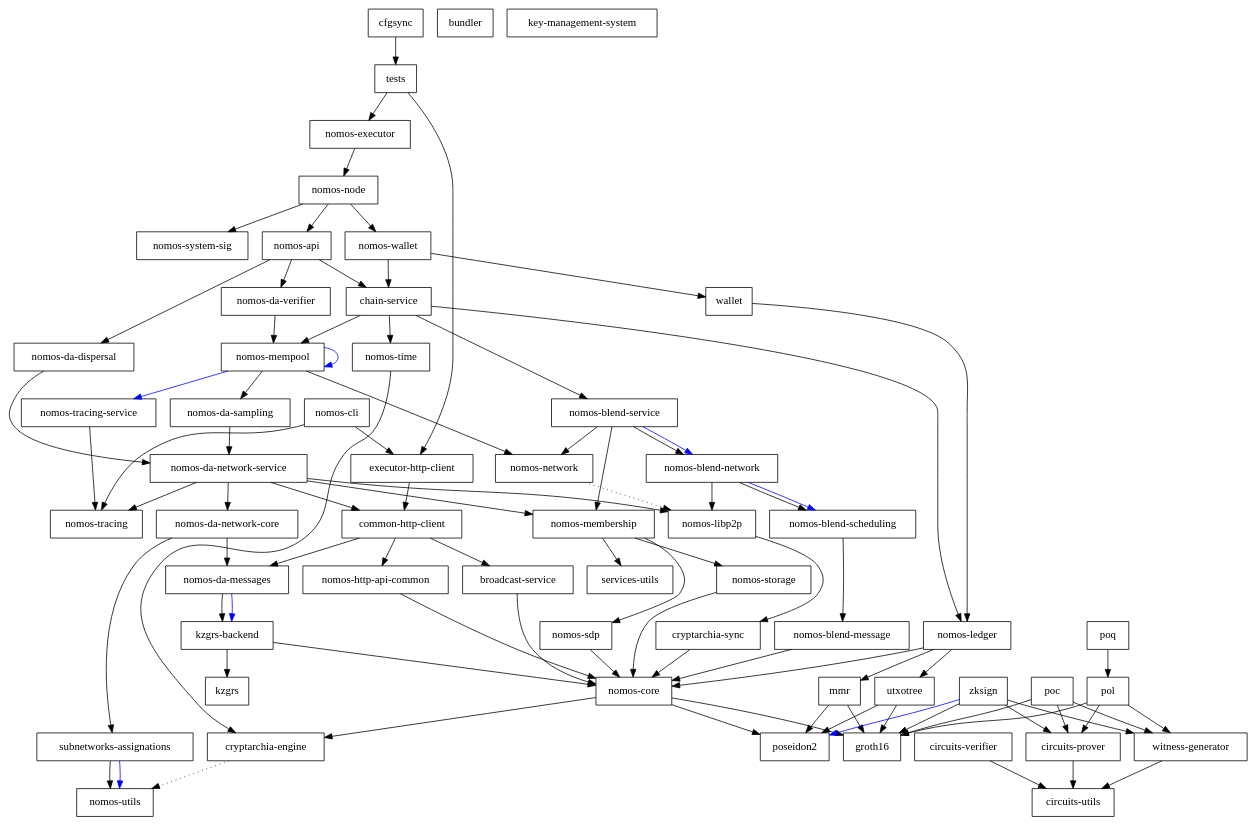
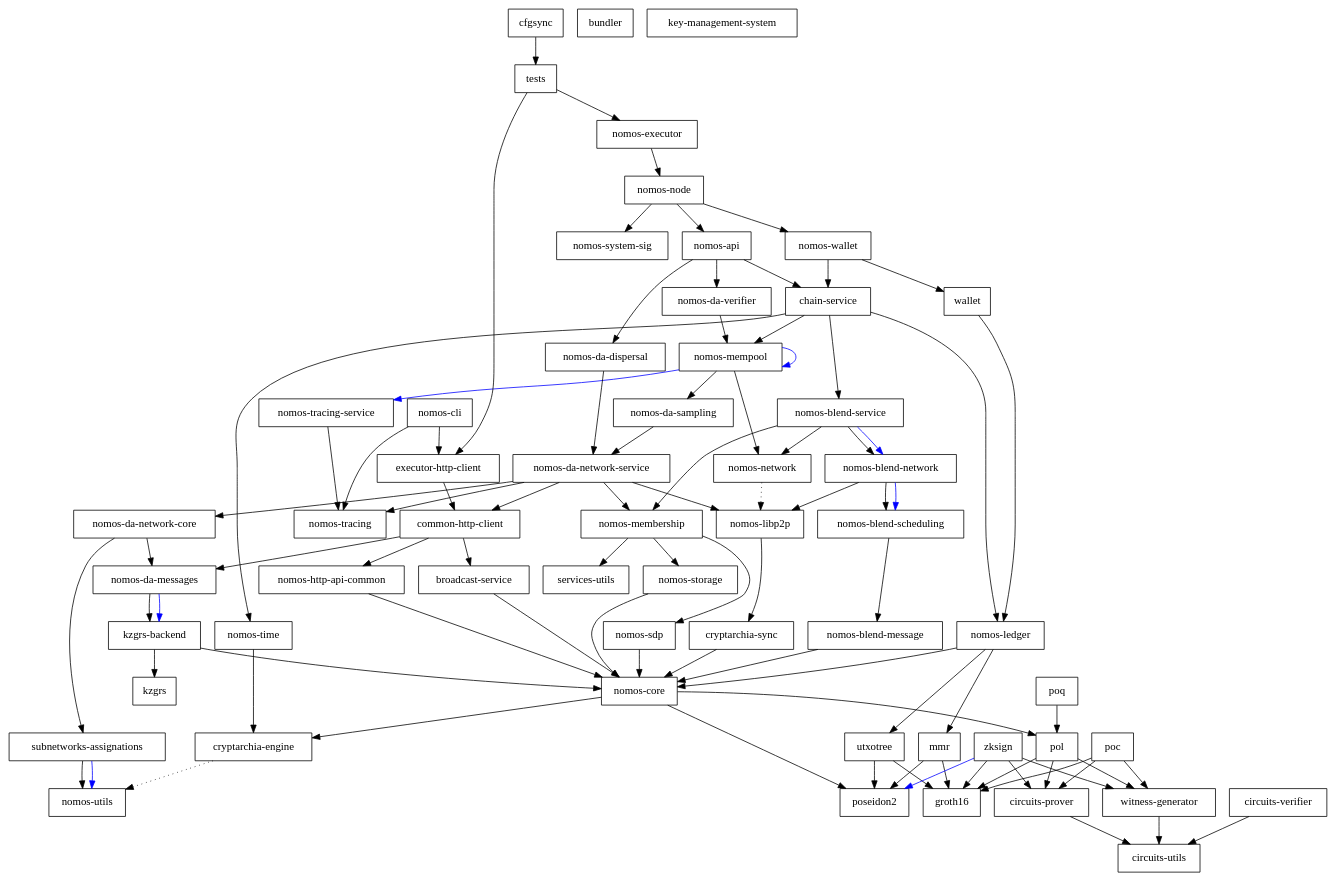
Before and after one commit to Astro521/logos-blockchain: the diagram in dependencies_graph.dot, drawn with Graphviz. The commit also changed 36 other files, not shown here.

```diff
--- a/dependencies_graph.dot
+++ b/dependencies_graph.dot
@@ -1,147 +1,147 @@
 digraph {
     0 [ label = "cryptarchia-engine" shape = box]
     1 [ label = "nomos-utils" shape = box]
     2 [ label = "cryptarchia-sync" shape = box]
     3 [ label = "nomos-core" shape = box]
     4 [ label = "groth16" shape = box]
-    5 [ label = "poseidon2" shape = box]
-    6 [ label = "nomos-ledger" shape = box]
-    7 [ label = "mmr" shape = box]
-    8 [ label = "utxotree" shape = box]
-    9 [ label = "nomos-http-api-common" shape = box]
-    10 [ label = "nomos-executor" shape = box]
-    11 [ label = "broadcast-service" shape = box]
-    12 [ label = "kzgrs-backend" shape = box]
-    13 [ label = "kzgrs" shape = box]
-    14 [ label = "nomos-api" shape = box]
-    15 [ label = "chain-service" shape = box]
-    16 [ label = "nomos-blend-service" shape = box]
-    17 [ label = "nomos-blend-message" shape = box]
-    18 [ label = "nomos-blend-network" shape = box]
-    19 [ label = "nomos-blend-scheduling" shape = box]
-    20 [ label = "nomos-libp2p" shape = box]
-    21 [ label = "nomos-membership" shape = box]
-    22 [ label = "nomos-sdp" shape = box]
-    23 [ label = "nomos-storage" shape = box]
-    24 [ label = "services-utils" shape = box]
-    25 [ label = "nomos-network" shape = box]
-    26 [ label = "nomos-da-sampling" shape = box]
-    27 [ label = "nomos-da-network-core" shape = box]
-    28 [ label = "nomos-da-messages" shape = box]
-    29 [ label = "subnetworks-assignations" shape = box]
-    30 [ label = "nomos-da-network-service" shape = box]
-    31 [ label = "common-http-client" shape = box]
-    32 [ label = "nomos-tracing" shape = box]
-    33 [ label = "nomos-mempool" shape = box]
-    34 [ label = "nomos-tracing-service" shape = box]
-    35 [ label = "nomos-time" shape = box]
-    36 [ label = "nomos-da-dispersal" shape = box]
-    37 [ label = "nomos-da-verifier" shape = box]
-    38 [ label = "nomos-node" shape = box]
-    39 [ label = "nomos-system-sig" shape = box]
-    40 [ label = "nomos-wallet" shape = box]
-    41 [ label = "wallet" shape = box]
-    42 [ label = "executor-http-client" shape = box]
-    43 [ label = "bundler" shape = box]
-    44 [ label = "nomos-cli" shape = box]
-    45 [ label = "key-management-system" shape = box]
-    46 [ label = "cfgsync" shape = box]
-    47 [ label = "tests" shape = box]
-    48 [ label = "circuits-prover" shape = box]
-    49 [ label = "circuits-utils" shape = box]
-    50 [ label = "circuits-verifier" shape = box]
-    51 [ label = "witness-generator" shape = box]
-    52 [ label = "poc" shape = box]
-    53 [ label = "pol" shape = box]
+    5 [ label = "pol" shape = box]
+    6 [ label = "circuits-prover" shape = box]
+    7 [ label = "circuits-utils" shape = box]
+    8 [ label = "witness-generator" shape = box]
+    9 [ label = "poseidon2" shape = box]
+    10 [ label = "nomos-ledger" shape = box]
+    11 [ label = "mmr" shape = box]
+    12 [ label = "utxotree" shape = box]
+    13 [ label = "nomos-http-api-common" shape = box]
+    14 [ label = "nomos-executor" shape = box]
+    15 [ label = "broadcast-service" shape = box]
+    16 [ label = "kzgrs-backend" shape = box]
+    17 [ label = "kzgrs" shape = box]
+    18 [ label = "nomos-api" shape = box]
+    19 [ label = "chain-service" shape = box]
+    20 [ label = "nomos-blend-service" shape = box]
+    21 [ label = "nomos-blend-message" shape = box]
+    22 [ label = "nomos-blend-network" shape = box]
+    23 [ label = "nomos-blend-scheduling" shape = box]
+    24 [ label = "nomos-libp2p" shape = box]
+    25 [ label = "nomos-membership" shape = box]
+    26 [ label = "nomos-sdp" shape = box]
+    27 [ label = "nomos-storage" shape = box]
+    28 [ label = "services-utils" shape = box]
+    29 [ label = "nomos-network" shape = box]
+    30 [ label = "nomos-da-sampling" shape = box]
+    31 [ label = "nomos-da-network-core" shape = box]
+    32 [ label = "nomos-da-messages" shape = box]
+    33 [ label = "subnetworks-assignations" shape = box]
+    34 [ label = "nomos-da-network-service" shape = box]
+    35 [ label = "common-http-client" shape = box]
+    36 [ label = "nomos-tracing" shape = box]
+    37 [ label = "nomos-mempool" shape = box]
+    38 [ label = "nomos-tracing-service" shape = box]
+    39 [ label = "nomos-time" shape = box]
+    40 [ label = "nomos-da-dispersal" shape = box]
+    41 [ label = "nomos-da-verifier" shape = box]
+    42 [ label = "nomos-node" shape = box]
+    43 [ label = "nomos-system-sig" shape = box]
+    44 [ label = "nomos-wallet" shape = box]
+    45 [ label = "wallet" shape = box]
+    46 [ label = "executor-http-client" shape = box]
+    47 [ label = "bundler" shape = box]
+    48 [ label = "nomos-cli" shape = box]
+    49 [ label = "key-management-system" shape = box]
+    50 [ label = "cfgsync" shape = box]
+    51 [ label = "tests" shape = box]
+    52 [ label = "circuits-verifier" shape = box]
+    53 [ label = "poc" shape = box]
     54 [ label = "poq" shape = box]
     55 [ label = "zksign" shape = box]
     0 -> 1 [ style = dotted]
     2 -> 3 [ ]
     3 -> 0 [ ]
-    3 -> 4 [ ]
     3 -> 5 [ ]
+    3 -> 9 [ ]
+    5 -> 6 [ ]
+    5 -> 4 [ ]
+    5 -> 8 [ ]
     6 -> 7 [ ]
-    6 -> 3 [ ]
-    6 -> 8 [ ]
-    7 -> 4 [ ]
-    7 -> 5 [ ]
-    8 -> 4 [ ]
-    8 -> 5 [ ]
-    9 -> 3 [ ]
-    10 -> 38 [ ]
-    11 -> 3 [ ]
-    12 -> 13 [ ]
-    12 -> 3 [ ]
-    14 -> 15 [ ]
-    14 -> 36 [ ]
-    14 -> 37 [ ]
-    15 -> 16 [ ]
-    15 -> 6 [ ]
-    15 -> 33 [ ]
-    15 -> 35 [ ]
-    16 -> 18 [ ]
-    16 -> 18 [ color = blue]
-    16 -> 21 [ ]
-    16 -> 25 [ ]
-    17 -> 3 [ ]
+    8 -> 7 [ ]
+    10 -> 11 [ ]
+    10 -> 3 [ ]
+    10 -> 12 [ ]
+    11 -> 4 [ ]
+    11 -> 9 [ ]
+    12 -> 4 [ ]
+    12 -> 9 [ ]
+    13 -> 3 [ ]
+    14 -> 42 [ ]
+    15 -> 3 [ ]
+    16 -> 17 [ ]
+    16 -> 3 [ ]
     18 -> 19 [ ]
-    18 -> 19 [ color = blue]
-    18 -> 20 [ ]
-    19 -> 17 [ ]
-    20 -> 2 [ ]
-    21 -> 22 [ ]
-    21 -> 23 [ ]
-    21 -> 24 [ ]
-    22 -> 3 [ ]
-    23 -> 3 [ ]
-    25 -> 20 [ style = dotted]
-    26 -> 30 [ ]
-    27 -> 28 [ ]
-    27 -> 29 [ ]
-    28 -> 12 [ ]
-    28 -> 12 [ color = blue]
-    29 -> 1 [ ]
-    29 -> 1 [ color = blue]
-    30 -> 31 [ ]
-    30 -> 27 [ ]
-    30 -> 20 [ ]
-    30 -> 21 [ ]
-    30 -> 32 [ ]
-    31 -> 11 [ ]
-    31 -> 28 [ ]
-    31 -> 9 [ ]
-    33 -> 26 [ ]
-    33 -> 33 [ color = blue]
-    33 -> 25 [ ]
-    33 -> 34 [ color = blue]
-    34 -> 32 [ ]
-    35 -> 0 [ ]
-    36 -> 30 [ ]
-    37 -> 33 [ ]
-    38 -> 14 [ ]
-    38 -> 39 [ ]
-    38 -> 40 [ ]
-    40 -> 15 [ ]
-    40 -> 41 [ ]
-    41 -> 6 [ ]
-    42 -> 31 [ ]
-    44 -> 42 [ ]
-    44 -> 32 [ ]
-    46 -> 47 [ ]
-    47 -> 42 [ ]
-    47 -> 10 [ ]
-    48 -> 49 [ ]
-    50 -> 49 [ ]
-    51 -> 49 [ ]
-    52 -> 48 [ ]
-    52 -> 4 [ ]
-    52 -> 51 [ ]
-    53 -> 48 [ ]
+    18 -> 40 [ ]
+    18 -> 41 [ ]
+    19 -> 20 [ ]
+    19 -> 10 [ ]
+    19 -> 37 [ ]
+    19 -> 39 [ ]
+    20 -> 22 [ ]
+    20 -> 22 [ color = blue]
+    20 -> 25 [ ]
+    20 -> 29 [ ]
+    21 -> 3 [ ]
+    22 -> 23 [ ]
+    22 -> 23 [ color = blue]
+    22 -> 24 [ ]
+    23 -> 21 [ ]
+    24 -> 2 [ ]
+    25 -> 26 [ ]
+    25 -> 27 [ ]
+    25 -> 28 [ ]
+    26 -> 3 [ ]
+    27 -> 3 [ ]
+    29 -> 24 [ style = dotted]
+    30 -> 34 [ ]
+    31 -> 32 [ ]
+    31 -> 33 [ ]
+    32 -> 16 [ ]
+    32 -> 16 [ color = blue]
+    33 -> 1 [ ]
+    33 -> 1 [ color = blue]
+    34 -> 35 [ ]
+    34 -> 31 [ ]
+    34 -> 24 [ ]
+    34 -> 25 [ ]
+    34 -> 36 [ ]
+    35 -> 15 [ ]
+    35 -> 32 [ ]
+    35 -> 13 [ ]
+    37 -> 30 [ ]
+    37 -> 37 [ color = blue]
+    37 -> 29 [ ]
+    37 -> 38 [ color = blue]
+    38 -> 36 [ ]
+    39 -> 0 [ ]
+    40 -> 34 [ ]
+    41 -> 37 [ ]
+    42 -> 18 [ ]
+    42 -> 43 [ ]
+    42 -> 44 [ ]
+    44 -> 19 [ ]
+    44 -> 45 [ ]
+    45 -> 10 [ ]
+    46 -> 35 [ ]
+    48 -> 46 [ ]
+    48 -> 36 [ ]
+    50 -> 51 [ ]
+    51 -> 46 [ ]
+    51 -> 14 [ ]
+    52 -> 7 [ ]
+    53 -> 6 [ ]
     53 -> 4 [ ]
-    53 -> 51 [ ]
-    54 -> 53 [ ]
-    55 -> 48 [ ]
+    53 -> 8 [ ]
+    54 -> 5 [ ]
+    55 -> 6 [ ]
     55 -> 4 [ ]
-    55 -> 5 [ color = blue]
-    55 -> 51 [ ]
+    55 -> 9 [ color = blue]
+    55 -> 8 [ ]
 }
```
